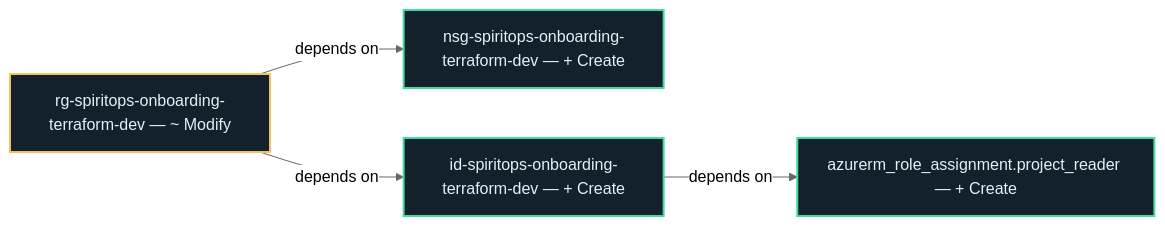
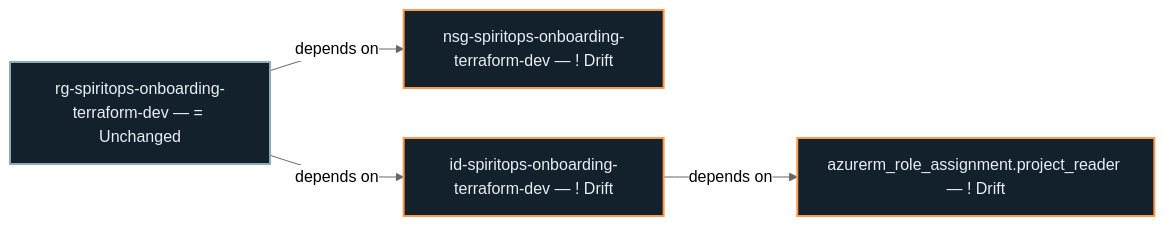
One commit to jeffy555/onboarding-terraform changed the diagram in .spiritops/architecture/current/graph.mmd. Above: the diagram before and after it, drawn with Mermaid (neutral theme). The commit also changed 10 other files, not shown here.

Commit message:
spiritops: build 01M5SW2ZCPVHDKYYWBN0HBE5HC — 4 add, 0 modify, 0 destroy, 3 drift

```diff
--- a/.spiritops/architecture/current/graph.mmd
+++ b/.spiritops/architecture/current/graph.mmd
@@ -1,12 +1,12 @@
 flowchart LR
-  n1ce1c71997be1bb836aceffe46a86e52da0b9bc8c249385e20e6f1914c11894d["nsg-spiritops-onboarding-terraform-dev — #43; Create"]
-  style n1ce1c71997be1bb836aceffe46a86e52da0b9bc8c249385e20e6f1914c11894d fill:#12212b,color:#e5f0f6,stroke:#45d99b,stroke-width:2px
-  nf0a48743a15c7ab115720df1e39cfe11cb0cc6d8faa4626819e209ce3857ce08["rg-spiritops-onboarding-terraform-dev — #126; Modify"]
-  style nf0a48743a15c7ab115720df1e39cfe11cb0cc6d8faa4626819e209ce3857ce08 fill:#12212b,color:#e5f0f6,stroke:#f4c265,stroke-width:2px
-  ne14598c4de7fa0ad1c0ad32d8dd8d709266cf4a0dd8d58e66a1e222c426ef458["azurerm_role_assignment.project_reader — #43; Create"]
-  style ne14598c4de7fa0ad1c0ad32d8dd8d709266cf4a0dd8d58e66a1e222c426ef458 fill:#12212b,color:#e5f0f6,stroke:#45d99b,stroke-width:2px
-  nce40c88bd52f319342a5e35386608b7a38e44055a824c2dc7befcc2cf09f8184["id-spiritops-onboarding-terraform-dev — #43; Create"]
-  style nce40c88bd52f319342a5e35386608b7a38e44055a824c2dc7befcc2cf09f8184 fill:#12212b,color:#e5f0f6,stroke:#45d99b,stroke-width:2px
+  n1ce1c71997be1bb836aceffe46a86e52da0b9bc8c249385e20e6f1914c11894d["nsg-spiritops-onboarding-terraform-dev — #33; Drift"]
+  style n1ce1c71997be1bb836aceffe46a86e52da0b9bc8c249385e20e6f1914c11894d fill:#12212b,color:#e5f0f6,stroke:#ff9a4c,stroke-width:2px
+  nf0a48743a15c7ab115720df1e39cfe11cb0cc6d8faa4626819e209ce3857ce08["rg-spiritops-onboarding-terraform-dev — #61; Unchanged"]
+  style nf0a48743a15c7ab115720df1e39cfe11cb0cc6d8faa4626819e209ce3857ce08 fill:#12212b,color:#e5f0f6,stroke:#8cabb9,stroke-width:2px
+  ne14598c4de7fa0ad1c0ad32d8dd8d709266cf4a0dd8d58e66a1e222c426ef458["azurerm_role_assignment.project_reader — #33; Drift"]
+  style ne14598c4de7fa0ad1c0ad32d8dd8d709266cf4a0dd8d58e66a1e222c426ef458 fill:#12212b,color:#e5f0f6,stroke:#ff9a4c,stroke-width:2px
+  nce40c88bd52f319342a5e35386608b7a38e44055a824c2dc7befcc2cf09f8184["id-spiritops-onboarding-terraform-dev — #33; Drift"]
+  style nce40c88bd52f319342a5e35386608b7a38e44055a824c2dc7befcc2cf09f8184 fill:#12212b,color:#e5f0f6,stroke:#ff9a4c,stroke-width:2px
   nf0a48743a15c7ab115720df1e39cfe11cb0cc6d8faa4626819e209ce3857ce08 -->|"depends on"| n1ce1c71997be1bb836aceffe46a86e52da0b9bc8c249385e20e6f1914c11894d
   nf0a48743a15c7ab115720df1e39cfe11cb0cc6d8faa4626819e209ce3857ce08 -->|"depends on"| nce40c88bd52f319342a5e35386608b7a38e44055a824c2dc7befcc2cf09f8184
   nce40c88bd52f319342a5e35386608b7a38e44055a824c2dc7befcc2cf09f8184 -->|"depends on"| ne14598c4de7fa0ad1c0ad32d8dd8d709266cf4a0dd8d58e66a1e222c426ef458
```
